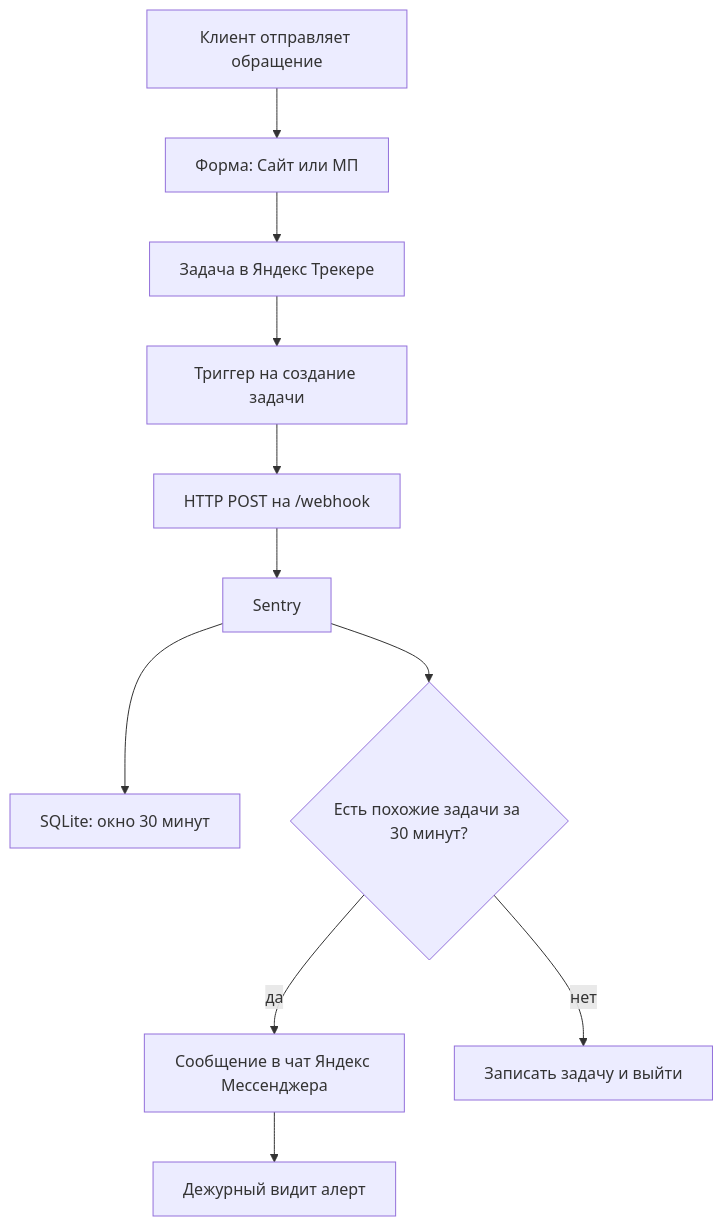
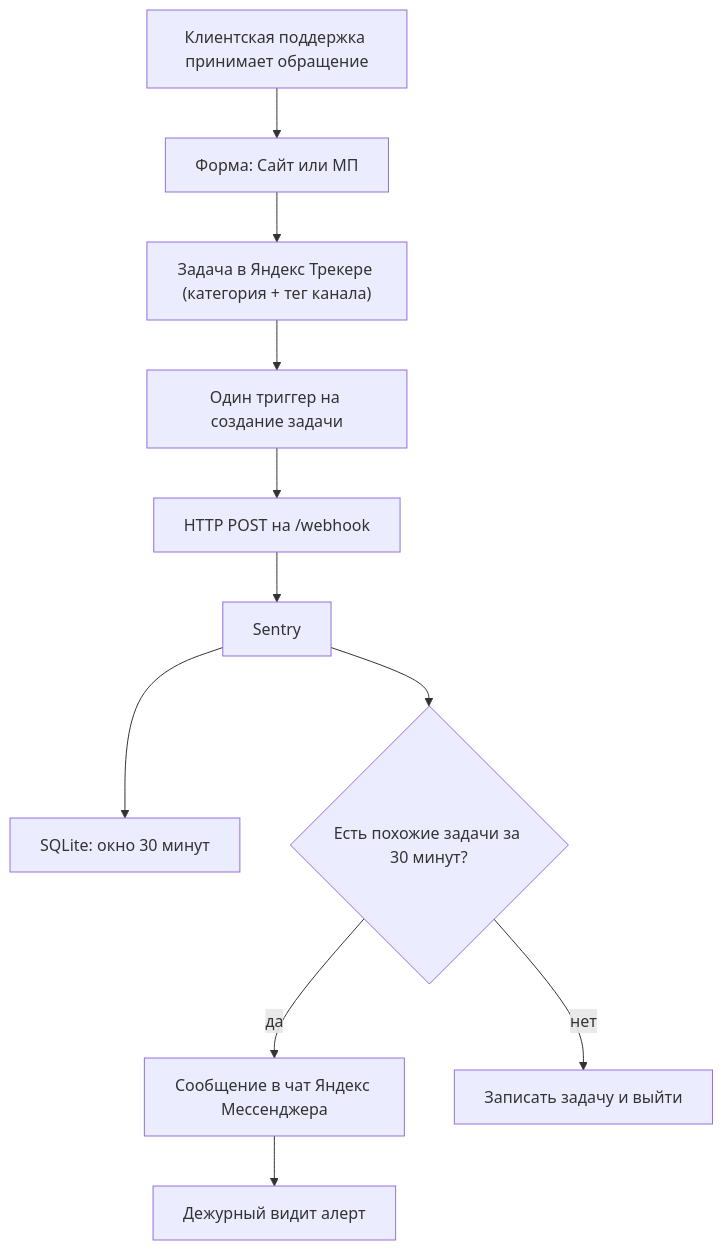
One commit to bagavund/sentry-service changed the first of 3 diagrams in docs/system-analysis.md. Above: the diagram before and after it, drawn with Mermaid. The commit also changed other lines of this file and 1 other file, not shown here.

````diff
--- a/docs/system-analysis.md
+++ b/docs/system-analysis.md
@@ -128,13 +128,13 @@
 ```mermaid
 flowchart TD
-    U["Клиент отправляет обращение"] --> FORM["Форма: Сайт или МП"]
-    FORM --> TR["Задача в Яндекс Трекере"]
-    TR --> TRIG["Триггер на создание задачи"]
+    U["Клиентская поддержка принимает обращение"] --> FORM["Форма: Сайт или МП"]
+    FORM --> TR["Задача в Яндекс Трекере (категория + тег канала)"]
+    TR --> TRIG["Один триггер на создание задачи"]
     TRIG --> WH["HTTP POST на /webhook"]
     WH --> APP["Sentry"]
     APP --> STORE["SQLite: окно 30 минут"]
     APP --> CHECK{"Есть похожие задачи за 30 минут?"}
     CHECK -->|да| MSG["Сообщение в чат Яндекс Мессенджера"]
     CHECK -->|нет| SKIP["Записать задачу и выйти"]
     MSG --> DUTY["Дежурный видит алерт"]
 ```
````
